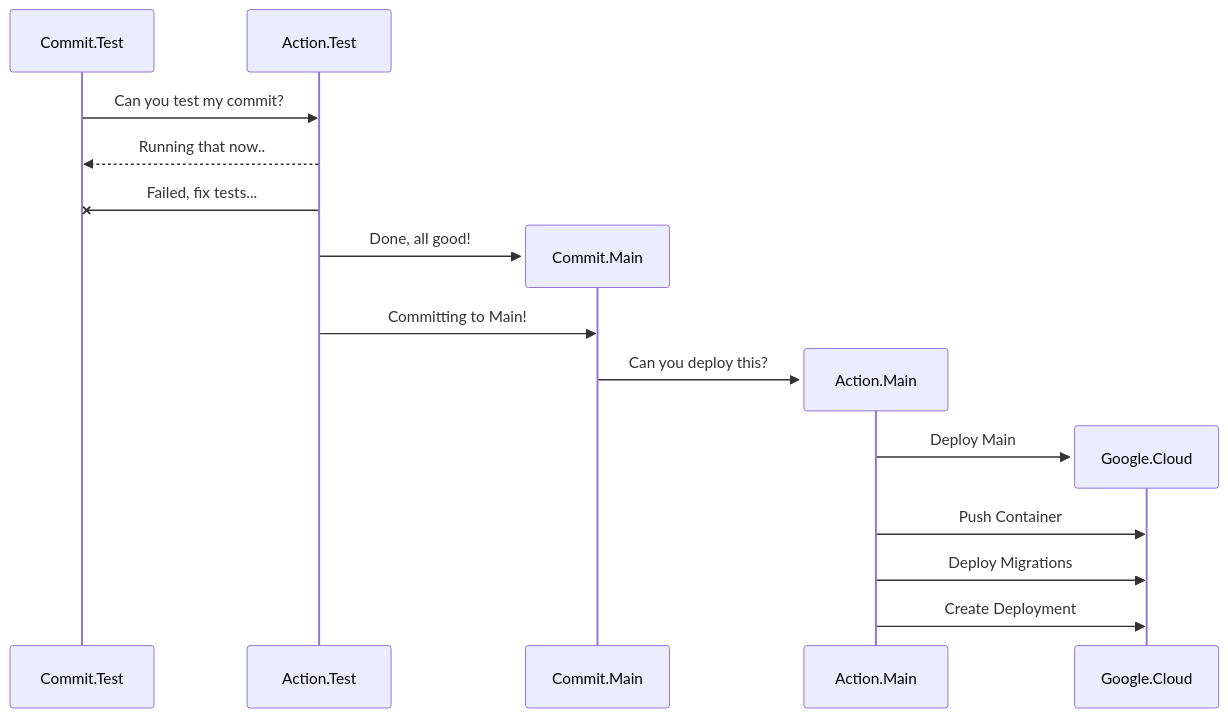
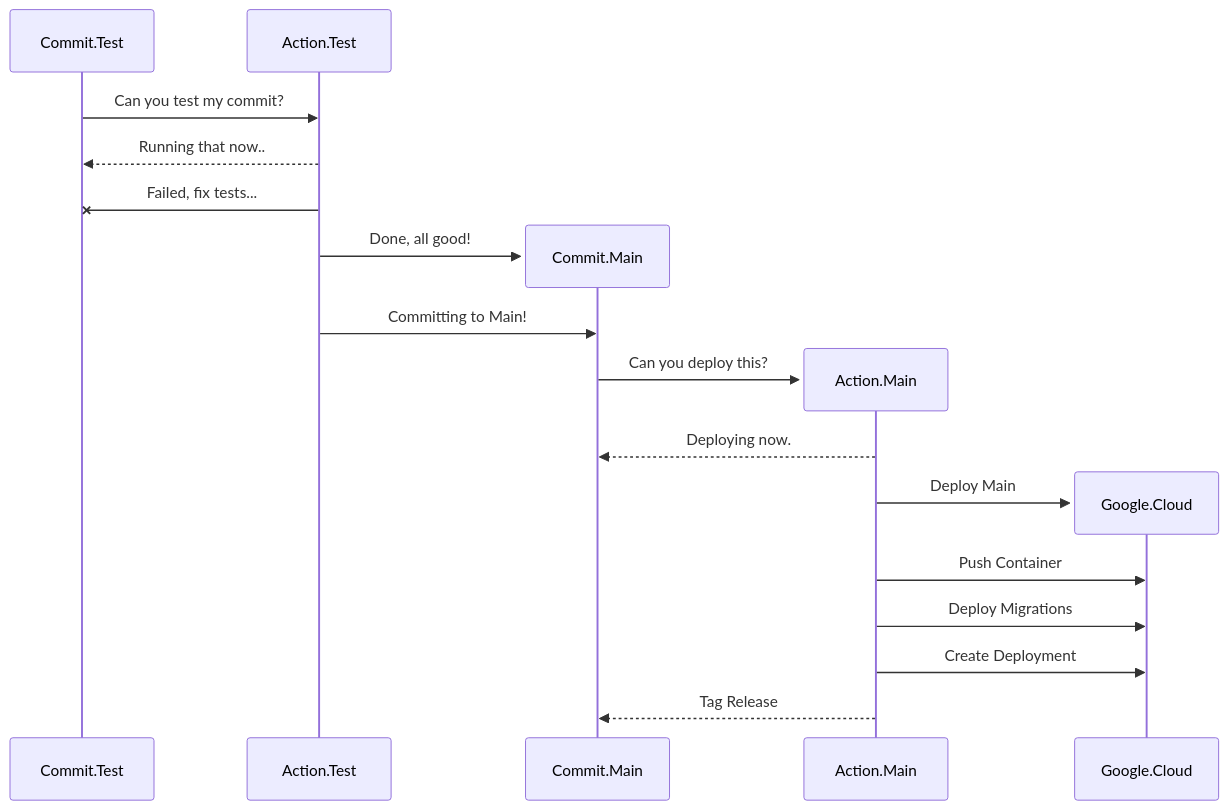
Before and after one commit to GMcD/api-semaphore: the diagram in README.md, drawn with Mermaid. The commit also changed other lines of this file and 19 other files, not shown here.

````diff
--- a/README.md
+++ b/README.md
@@ -5,16 +11,18 @@
 ```mermaid
 sequenceDiagram
 Commit.Test->>Action.Test: Can you test my commit?
 Action.Test-->>Commit.Test: Running that now..
 Action.Test-xCommit.Test: Failed, fix tests...
 create participant Commit.Main
 Action.Test->>Commit.Main: Done, all good!
 Action.Test->>Commit.Main: Committing to Main!
 create participant Action.Main
 Commit.Main->>Action.Main: Can you deploy this?
+Action.Main-->>Commit.Main: Deploying now.
 create participant Google.Cloud
 Action.Main->>Google.Cloud: Deploy Main
 Action.Main->>Google.Cloud: Push Container
 Action.Main->>Google.Cloud: Deploy Migrations
 Action.Main->>Google.Cloud: Create Deployment
+Action.Main-->>Commit.Main: Tag Release
 ```
````
